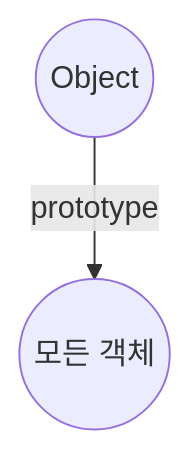
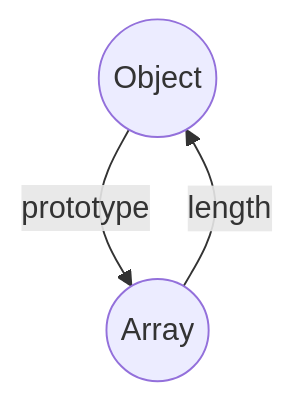
Before and after one commit to ghk829/ghk829.github.io: the diagram in _posts/2018-10-16-javascript-basic-01.md, drawn with Mermaid. The commit also changed other lines of this file, not shown here.

````diff
--- a/_posts/2018-10-16-javascript-basic-01.md
+++ b/_posts/2018-10-16-javascript-basic-01.md
@@ -35,6 +78,6 @@
 ```mermaid
 
 graph TD
-A((Object)) -- prototype --> B((모든 객체))
-
+A((Object)) -- prototype --> B((Array))
+B -- length --> A
 ```
````
